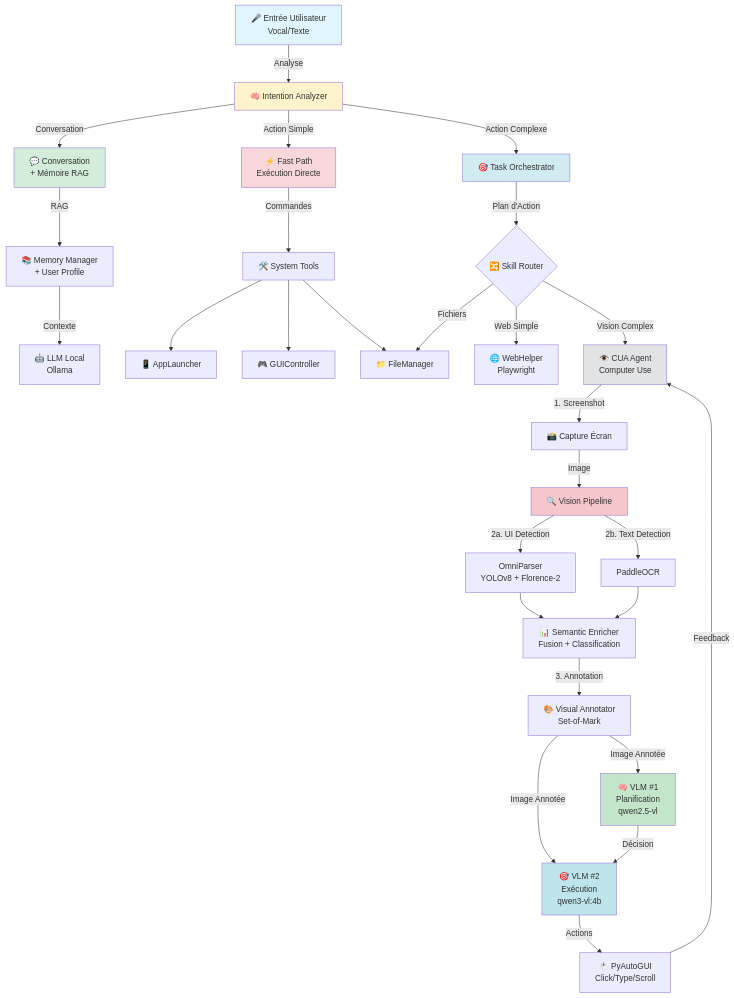
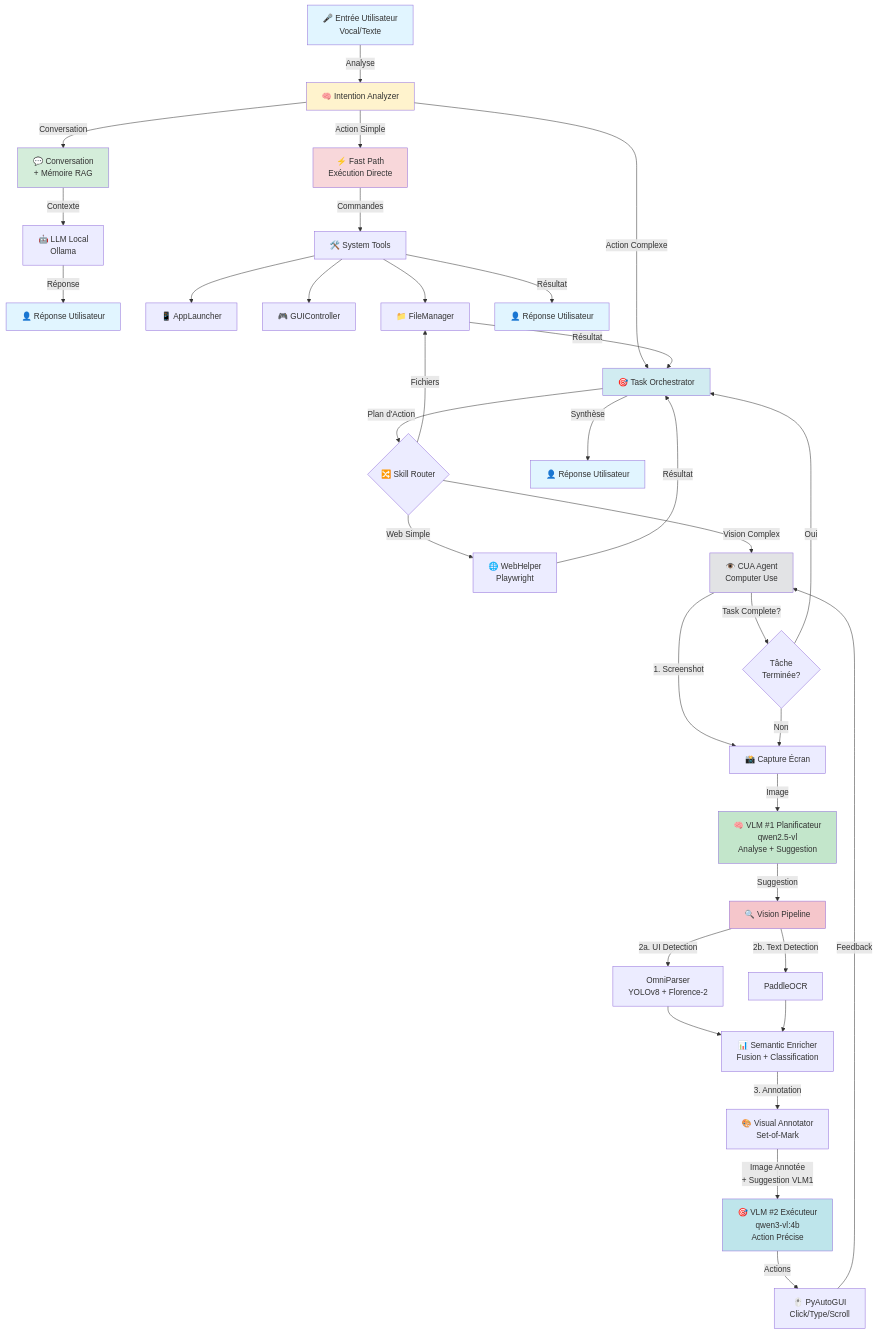
One commit to SpendinFR/AIV2 changed the diagram in README.md. Above: the diagram before and after it, drawn with Mermaid.

````diff
--- a/README.md
+++ b/README.md
@@ -54,51 +54,63 @@
 ```mermaid
 graph TD
     User[🎤 Entrée Utilisateur<br/>Vocal/Texte] -->|Analyse| IA[🧠 Intention Analyzer]
     
     IA -->|Conversation| Conv[💬 Conversation<br/>+ Mémoire RAG]
     IA -->|Action Simple| Simple[⚡ Fast Path<br/>Exécution Directe]
     IA -->|Action Complexe| Orch[🎯 Task Orchestrator]
     
-    Conv -->|RAG| Memory[📚 Memory Manager<br/>+ User Profile]
-    Memory -->|Contexte| LLM[🤖 LLM Local<br/>Ollama]
+    Conv -->|Contexte| LLM[🤖 LLM Local<br/>Ollama]
+    LLM -->|Réponse| UserOut1[👤 Réponse Utilisateur]
     
     Simple -->|Commandes| Tools[🛠️ System Tools]
     Tools --> AppLauncher[📱 AppLauncher]
     Tools --> GUIController[🎮 GUIController]
     Tools --> FileManager[📁 FileManager]
+    Tools -->|Résultat| UserOut2[👤 Réponse Utilisateur]
     
     Orch -->|Plan d'Action| Skills{🔀 Skill Router}
     
     Skills -->|Web Simple| WebHelper[🌐 WebHelper<br/>Playwright]
     Skills -->|Vision Complex| CUA[👁️ CUA Agent<br/>Computer Use]
     Skills -->|Fichiers| FileManager
     
+    WebHelper -->|Résultat| Orch
+    FileManager -->|Résultat| Orch
+    
     CUA -->|1. Screenshot| Screen[📸 Capture Écran]
-    Screen -->|Image| Vision[🔍 Vision Pipeline]
+    Screen -->|Image| VLM1[🧠 VLM #1 Planificateur<br/>qwen2.5-vl<br/>Analyse + Suggestion]
+    
+    VLM1 -->|Suggestion| Vision[🔍 Vision Pipeline]
     
     Vision -->|2a. UI Detection| Omni[OmniParser<br/>YOLOv8 + Florence-2]
     Vision -->|2b. Text Detection| OCR[PaddleOCR]
     
     Omni --> Enricher[📊 Semantic Enricher<br/>Fusion + Classification]
     OCR --> Enricher
     
     Enricher -->|3. Annotation| Annotator[🎨 Visual Annotator<br/>Set-of-Mark]
     
-    Annotator -->|Image Annotée| VLM1[🧠 VLM #1<br/>Planification<br/>qwen2.5-vl]
-    Annotator -->|Image Annotée| VLM2[🎯 VLM #2<br/>Exécution<br/>qwen3-vl:4b]
+    Annotator -->|Image Annotée<br/>+ Suggestion VLM1| VLM2[🎯 VLM #2 Exécuteur<br/>qwen3-vl:4b<br/>Action Précise]
     
-    VLM1 -->|Décision| VLM2
     VLM2 -->|Actions| PyAuto[🖱️ PyAutoGUI<br/>Click/Type/Scroll]
     
     PyAuto -->|Feedback| CUA
+    CUA -->|Task Complete?| Decision{Tâche<br/>Terminée?}
+    Decision -->|Non| Screen
+    Decision -->|Oui| Orch
+    
+    Orch -->|Synthèse| UserOut3[👤 Réponse Utilisateur]
     
     style User fill:#e1f5ff
     style IA fill:#fff3cd
     style Conv fill:#d4edda
     style Simple fill:#f8d7da
     style Orch fill:#d1ecf1
     style CUA fill:#e2e3e5
     style Vision fill:#f5c6cb
     style VLM1 fill:#c3e6cb
     style VLM2 fill:#bee5eb
+    style UserOut1 fill:#e1f5ff
+    style UserOut2 fill:#e1f5ff
+    style UserOut3 fill:#e1f5ff
 ```
````
